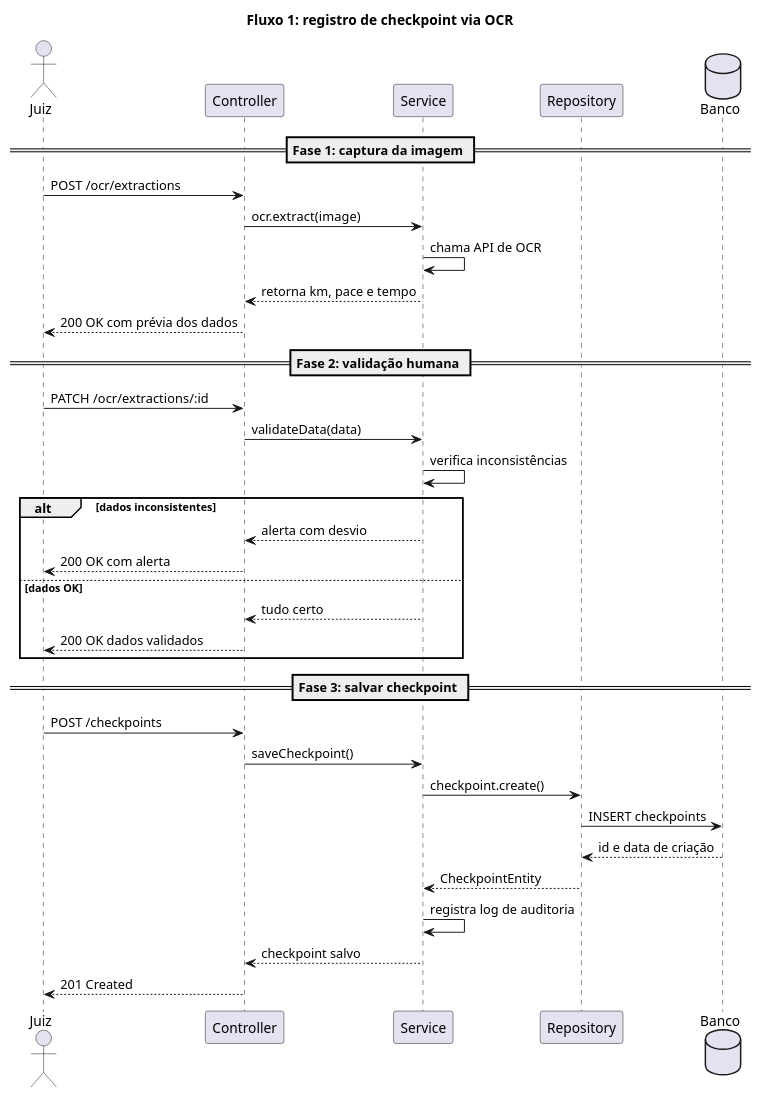
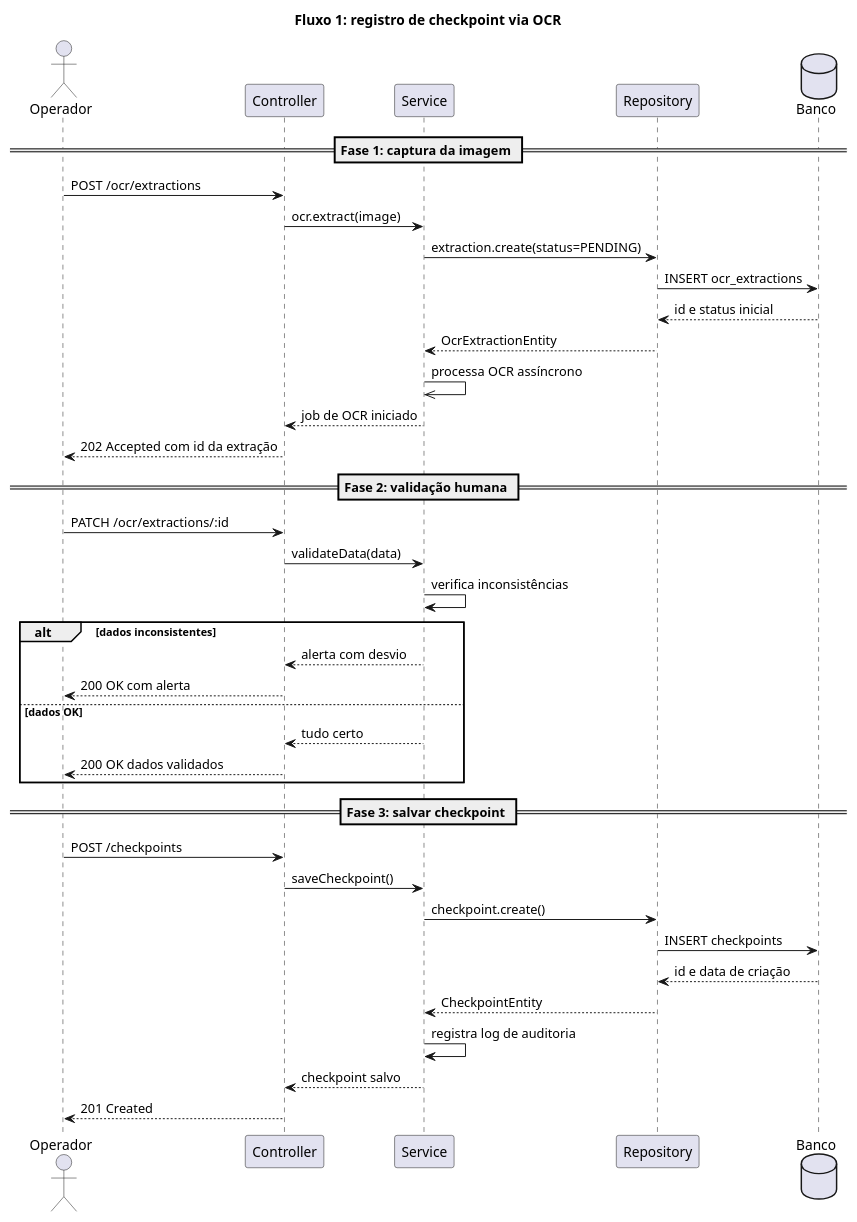
The first of 2 diagrams in documentos/outros/diagramas-sequencia-puml.md (Julia-Khristina/RedBull), drawn with PlantUML before and after one commit. The commit also changed other lines of this file and 3 other files, not shown here.

First line of the commit message:
docs(diagramas): ajusta diagramas uml personas 1 e 2

````diff
--- a/documentos/outros/diagramas-sequencia-puml.md
+++ b/documentos/outros/diagramas-sequencia-puml.md
@@ -7,47 +9,51 @@
 ```puml
 @startuml
 
 title Fluxo 1: registro de checkpoint via OCR
 
-actor Juiz
+actor Operador
 participant Controller
 participant Service
 participant Repository
 database Banco
 
 == Fase 1: captura da imagem ==
 
-Juiz -> Controller : POST /ocr/extractions
+Operador -> Controller : POST /ocr/extractions
 Controller -> Service : ocr.extract(image)
-Service -> Service : chama API de OCR
-Service --> Controller : retorna km, pace e tempo
-Controller --> Juiz : 200 OK com prévia dos dados
+Service -> Repository : extraction.create(status=PENDING)
+Repository -> Banco : INSERT ocr_extractions
+Banco --> Repository : id e status inicial
+Repository --> Service : OcrExtractionEntity
+Service ->> Service : processa OCR assíncrono
+Service --> Controller : job de OCR iniciado
+Controller --> Operador : 202 Accepted com id da extração
 
 == Fase 2: validação humana ==
 
-Juiz -> Controller : PATCH /ocr/extractions/:id
+Operador -> Controller : PATCH /ocr/extractions/:id
 Controller -> Service : validateData(data)
 Service -> Service : verifica inconsistências
 
 alt dados inconsistentes
   Service --> Controller : alerta com desvio
-  Controller --> Juiz : 200 OK com alerta
+  Controller --> Operador : 200 OK com alerta
 else dados OK
   Service --> Controller : tudo certo
-  Controller --> Juiz : 200 OK dados validados
+  Controller --> Operador : 200 OK dados validados
 end
 
 == Fase 3: salvar checkpoint ==
 
-Juiz -> Controller : POST /checkpoints
+Operador -> Controller : POST /checkpoints
 Controller -> Service : saveCheckpoint()
 Service -> Repository : checkpoint.create()
 Repository -> Banco : INSERT checkpoints
 Banco --> Repository : id e data de criação
 Repository --> Service : CheckpointEntity
 Service -> Service : registra log de auditoria
 Service --> Controller : checkpoint salvo
-Controller --> Juiz : 201 Created
+Controller --> Operador : 201 Created
 
 @enduml
 ```
````
